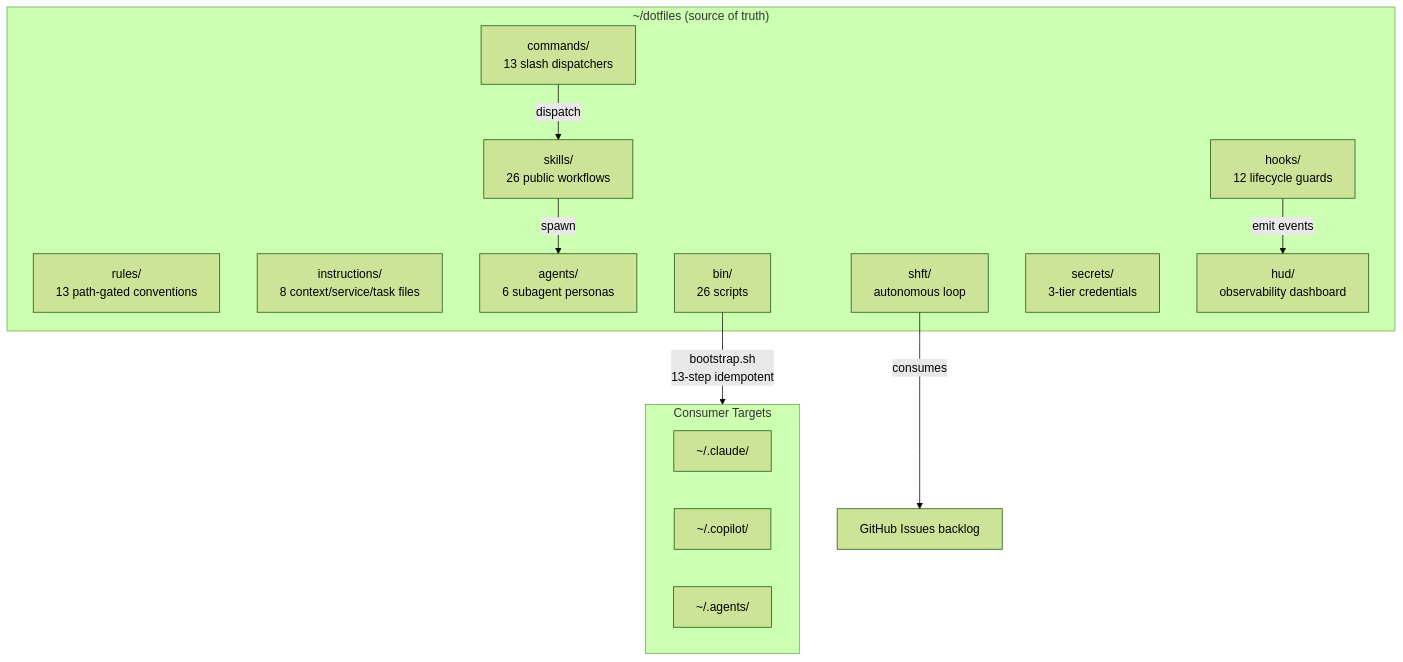
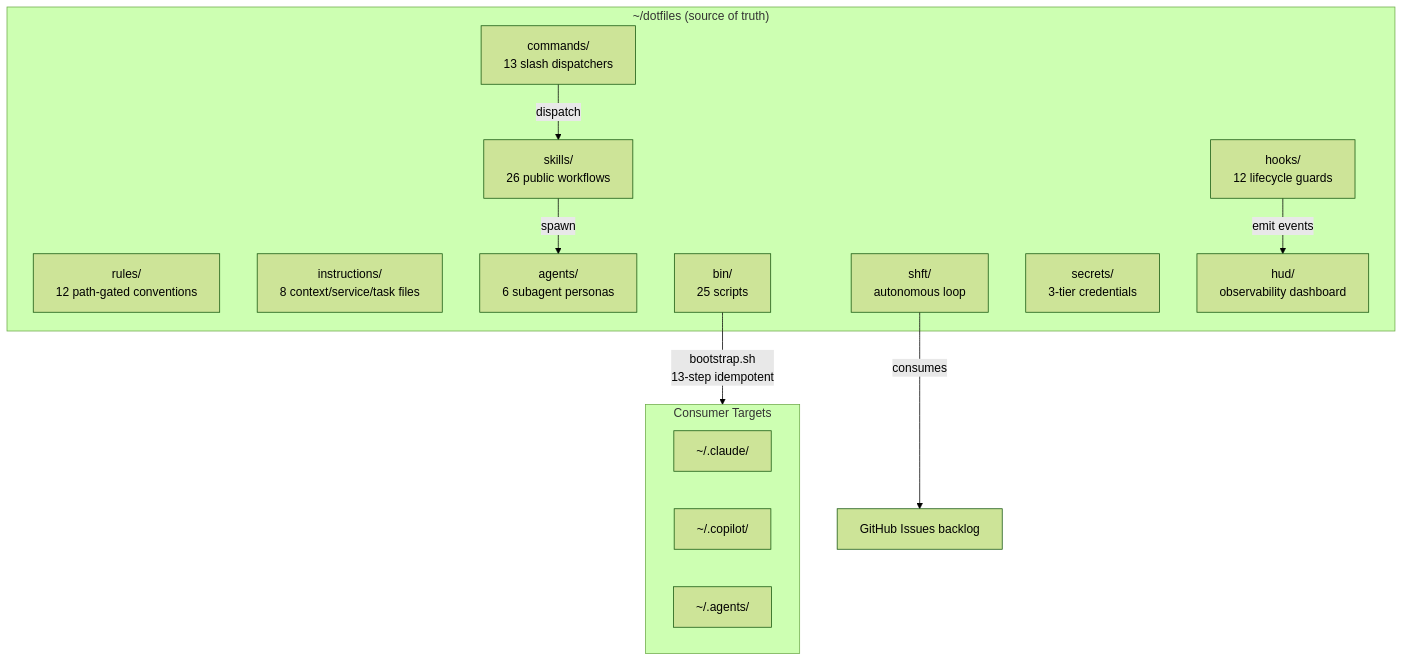
The diagram in docs/ARCHITECTURE.md (arndvs/ctrlshft), drawn with Mermaid (forest theme) before and after one commit. The commit also changed other lines of this file, not shown here.

Commit message:
docs(arch): update inventory counts to match current tree
Addresses Copilot review on PR #75:
- docs/ARCHITECTURE.md:15-21 — rules 13→12, bin 26→25
- docs/ARCHITECTURE.md:46 — table rules count 13→12

````diff
--- a/docs/ARCHITECTURE.md
+++ b/docs/ARCHITECTURE.md
@@ -12,27 +12,27 @@
 ```mermaid
 graph TB
     subgraph "~/dotfiles (source of truth)"
-        RULES["rules/<br/>13 path-gated conventions"]
+        RULES["rules/<br/>12 path-gated conventions"]
         INST["instructions/<br/>8 context/service/task files"]
         SKILLS["skills/<br/>26 public workflows"]
         AGENTS["agents/<br/>6 subagent personas"]
         CMDS["commands/<br/>13 slash dispatchers"]
         HOOKS["hooks/<br/>12 lifecycle guards"]
-        BIN["bin/<br/>26 scripts"]
+        BIN["bin/<br/>25 scripts"]
         SHFT["shft/<br/>autonomous loop"]
         SECRETS["secrets/<br/>3-tier credentials"]
         HUD["hud/<br/>observability dashboard"]
     end
 
     BIN -->|"bootstrap.sh<br/>13-step idempotent"| CONSUMERS
     subgraph CONSUMERS["Consumer Targets"]
         CLAUDE["~/.claude/"]
         COPILOT["~/.copilot/"]
         AGENTSDIR["~/.agents/"]
     end
 
     CMDS -->|"dispatch"| SKILLS
     SKILLS -->|"spawn"| AGENTS
     HOOKS -->|"emit events"| HUD
     SHFT -->|"consumes"| ISSUES["GitHub Issues backlog"]
 ```
````
